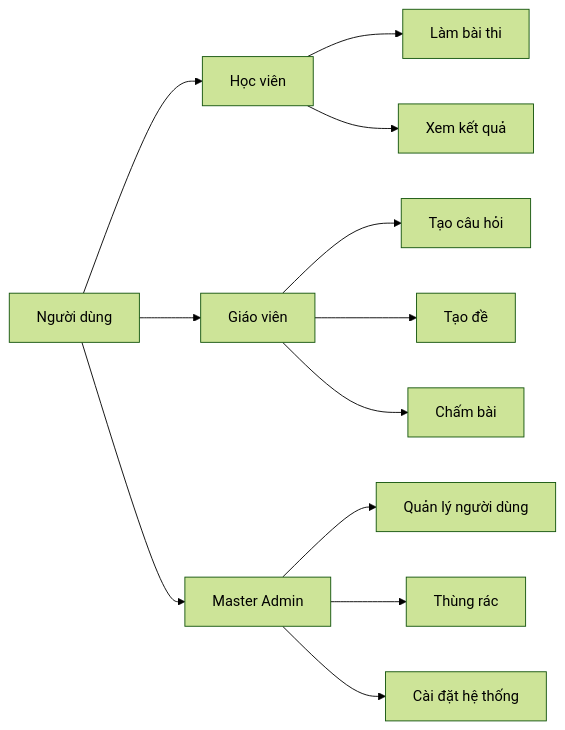
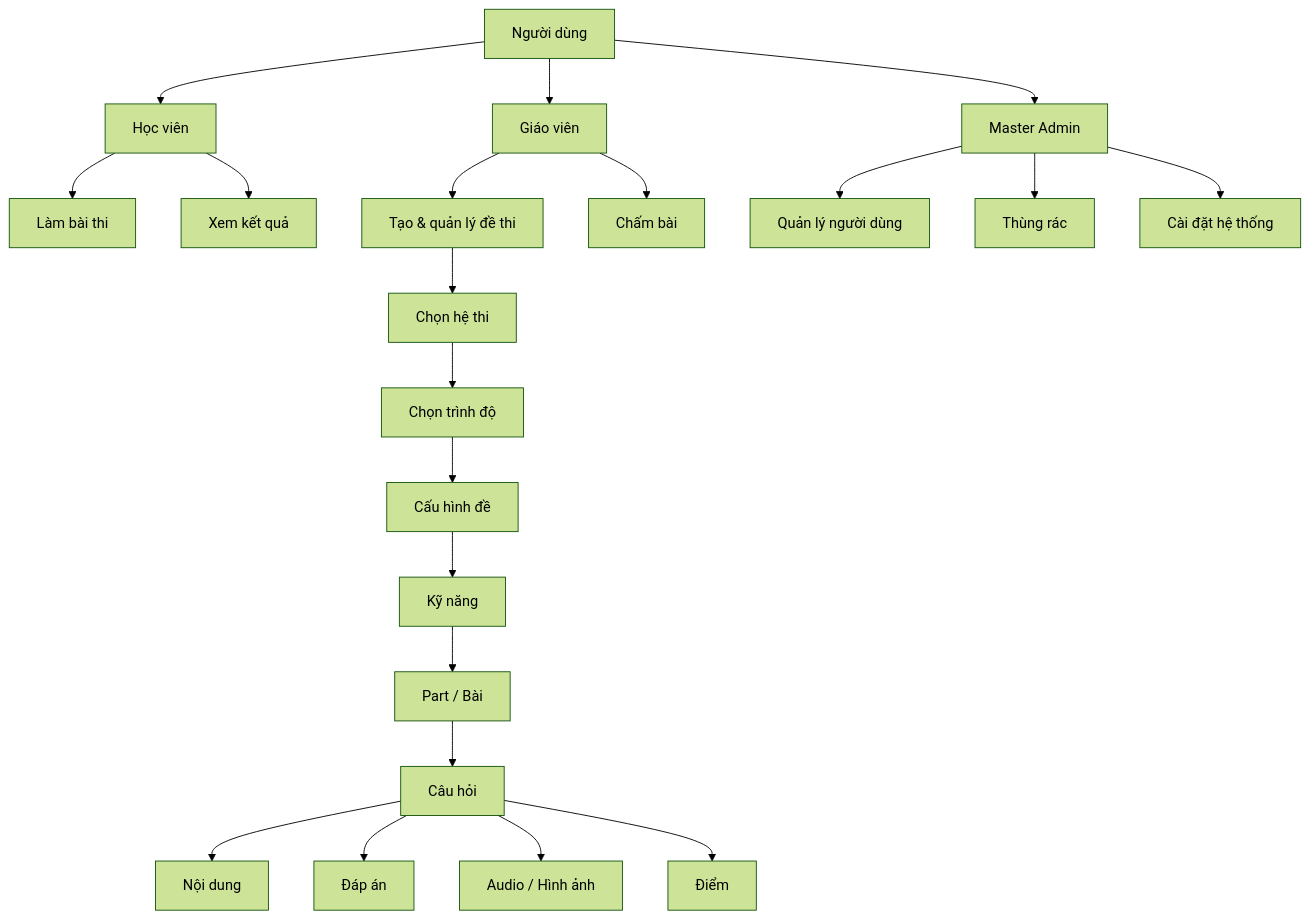
One commit to logen007/logen007.github.io changed the second of 4 diagrams in g2g-exam/PROJECT.md. Above: the diagram before and after it, drawn with Mermaid (forest theme). The commit also changed other lines of this file, not shown here.

Commit message:
docs(g2g): align project map with exam-first workflow

````diff
--- a/g2g-exam/PROJECT.md
+++ b/g2g-exam/PROJECT.md
@@ -48,20 +48,31 @@
 ```mermaid
-flowchart LR
+flowchart TD
 
     USER["Người dùng"]
 
     USER --> STUDENT["Học viên"]
     USER --> TEACHER["Giáo viên"]
     USER --> MASTER["Master Admin"]
 
     STUDENT --> TAKE["Làm bài thi"]
     STUDENT --> RESULTS["Xem kết quả"]
 
-    TEACHER --> QUESTIONS["Tạo câu hỏi"]
-    TEACHER --> EXAMS["Tạo đề"]
+    TEACHER --> CREATE_EXAM["Tạo & quản lý đề thi"]
     TEACHER --> GRADING["Chấm bài"]
+
+    CREATE_EXAM --> PROVIDER["Chọn hệ thi"]
+    PROVIDER --> LEVEL["Chọn trình độ"]
+    LEVEL --> CONFIG["Cấu hình đề"]
+    CONFIG --> SKILLS["Kỹ năng"]
+    SKILLS --> PARTS["Part / Bài"]
+    PARTS --> QUESTIONS["Câu hỏi"]
+
+    QUESTIONS --> CONTENT["Nội dung"]
+    QUESTIONS --> ANSWERS["Đáp án"]
+    QUESTIONS --> MEDIA["Audio / Hình ảnh"]
+    QUESTIONS --> SCORE["Điểm"]
 
     MASTER --> USERS["Quản lý người dùng"]
     MASTER --> TRASH["Thùng rác"]
     MASTER --> SETTINGS["Cài đặt hệ thống"]
 ```
````
